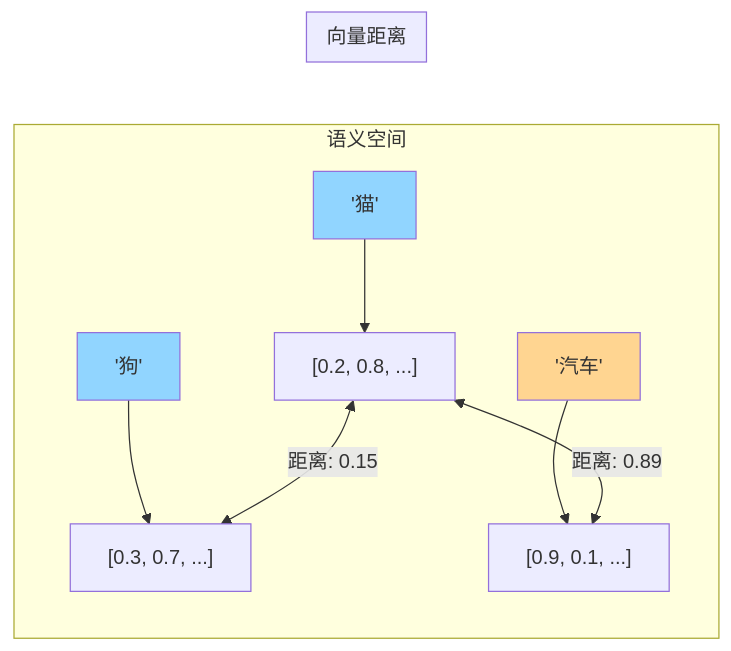
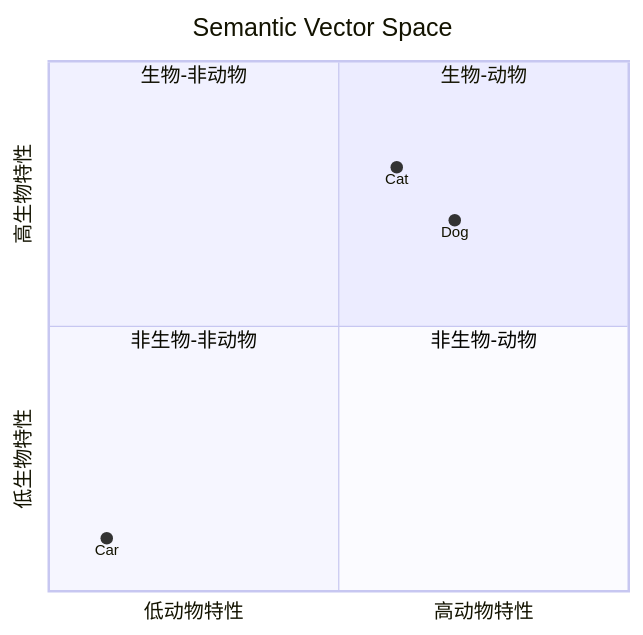
Before and after one commit to ThreeFish-AI/agentic-ai-cognizes: the second of 39 diagrams in docs/research/003-vector-search-algorithm.md, drawn with Mermaid. The commit also changed other lines of this file, not shown here.

Commit message:
docs(Research): 更新向量搜索算法文档版本与内容;
- 版本号从 1.1 升级至 1.2，状态更新为 Pending Review
- 扩充解读范围说明，补充语义搜索、数据规模、维度诅咒等因素
- 优化语义向量空间图示，使用象限图展示语义距离
- 完善公式格式与缩进规范

🤖 Generated with [Claude Code](https://claude.ai/code), [Antigravity](https://antigravity.google)

````diff
--- a/docs/research/003-vector-search-algorithm.md
+++ b/docs/research/003-vector-search-algorithm.md
@@ -86,17 +92,13 @@
 ```mermaid
-graph LR
-    subgraph "语义空间"
-        A["'猫'"] --> VA["[0.2, 0.8, ...]"]
-        B["'狗'"] --> VB["[0.3, 0.7, ...]"]
-        C["'汽车'"] --> VC["[0.9, 0.1, ...]"]
-    end
-
-    subgraph "向量距离"
-        VA <--> |"距离: 0.15"| VB
-        VA <--> |"距离: 0.89"| VC
-    end
-
-    style A fill:#91d5ff
-    style B fill:#91d5ff
-    style C fill:#ffd591
+quadrantChart
+    title Semantic Vector Space
+    x-axis "低动物特性" --> "高动物特性"
+    y-axis "低生物特性" --> "高生物特性"
+    quadrant-1 "生物-动物"
+    quadrant-2 "生物-非动物"
+    quadrant-3 "非生物-非动物"
+    quadrant-4 "非生物-动物"
+    Cat: [0.6, 0.8]
+    Dog: [0.7, 0.7]
+    Car: [0.1, 0.1]
 ```
````
